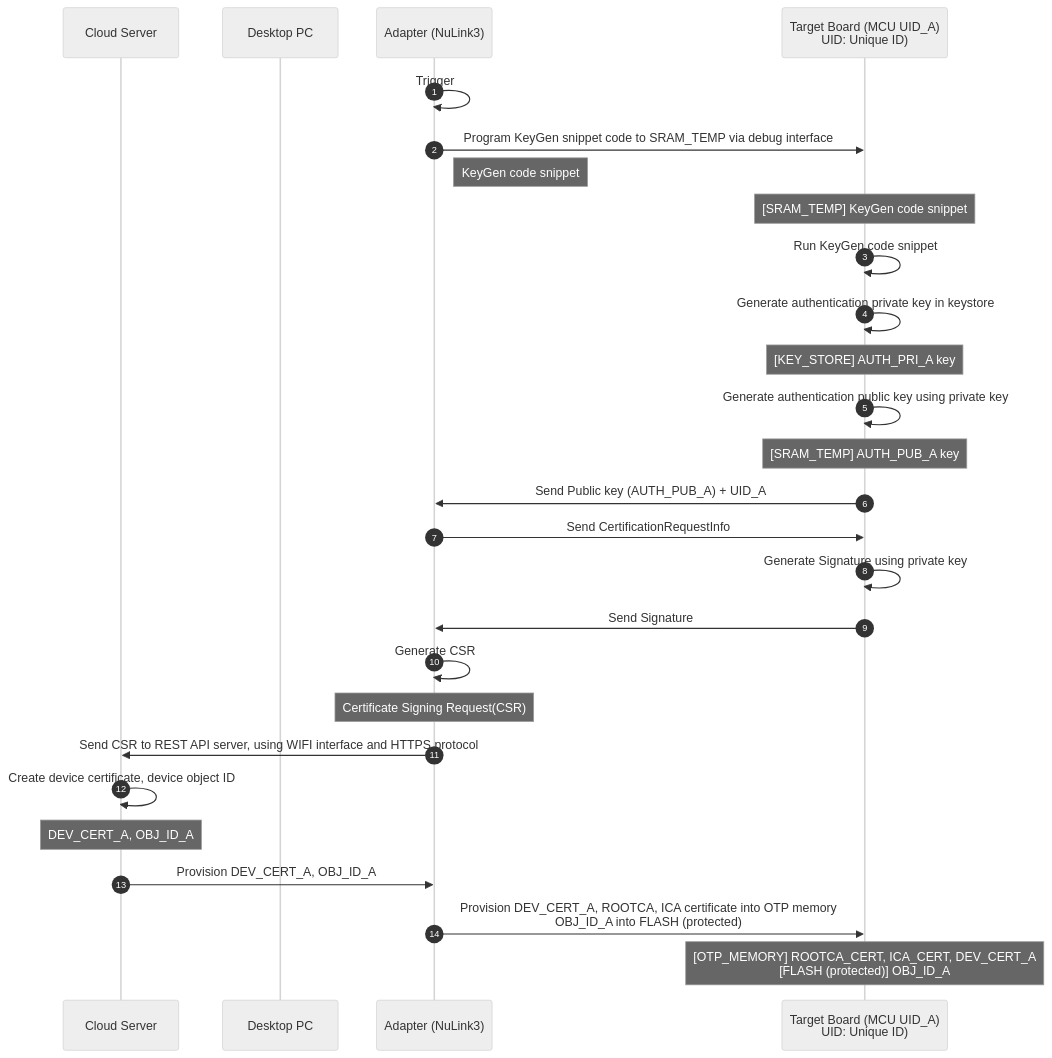
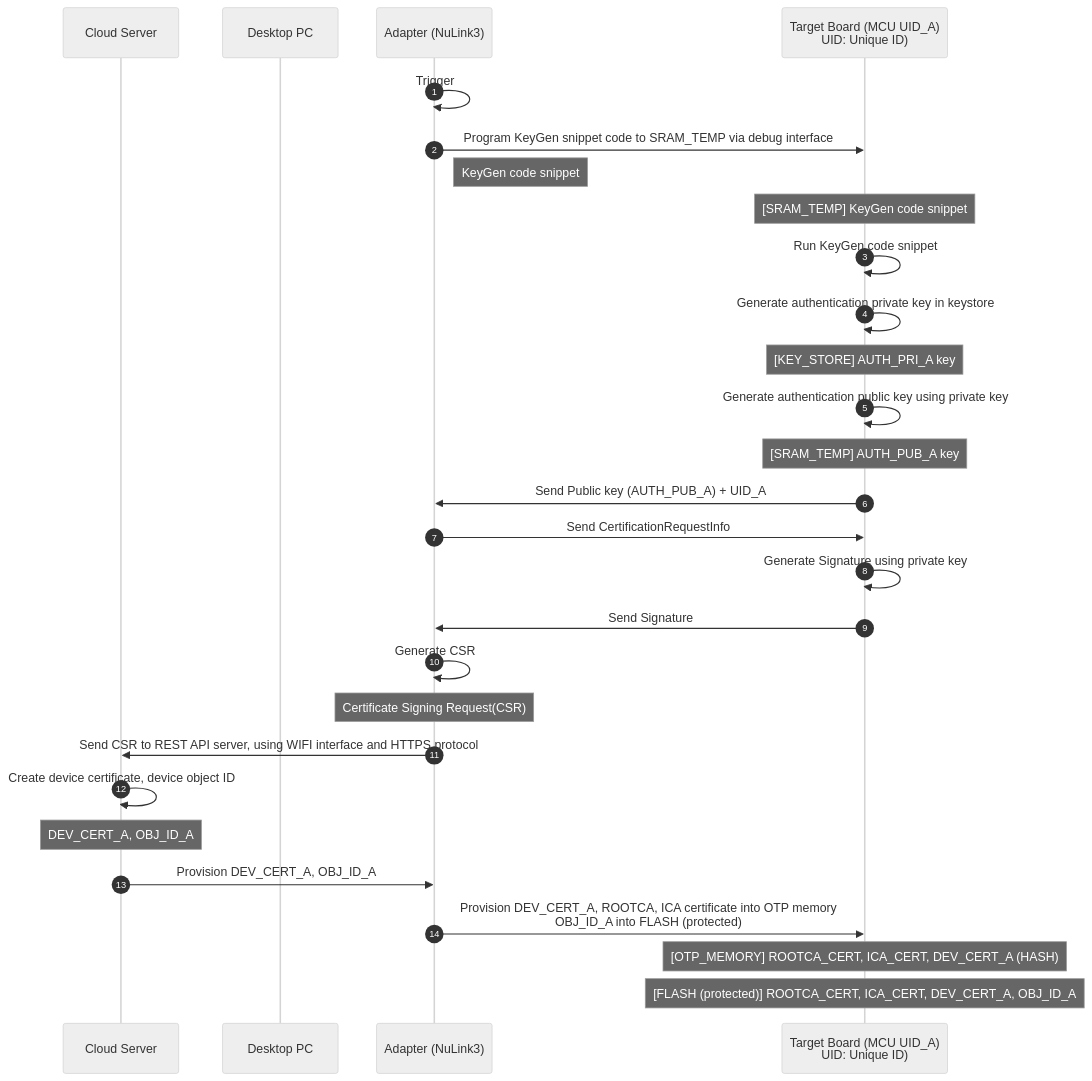
The diagram in 4. device_authentication_provision.md (ccma1120/NuSEC_System), drawn with Mermaid (neutral theme) before and after one commit.

Commit message:
Update 4. device_authentication_provision.md

````diff
--- a/4. device_authentication_provision.md
+++ b/4. device_authentication_provision.md
@@ -1,29 +1,30 @@
 ```mermaid
 sequenceDiagram
     autonumber
     participant c as Cloud Server
     participant d as Desktop PC
     participant a as Adapter (NuLink3)
     participant t as Target Board (MCU UID_A)<br/> UID: Unique ID)
     a ->> a : Trigger
     a ->> t : Program KeyGen snippet code to SRAM_TEMP via debug interface 
     Note right of a: KeyGen code snippet 
     Note over t: [SRAM_TEMP] KeyGen code snippet 
     t ->> t : Run KeyGen code snippet 
     t ->> t : Generate authentication private key in keystore
     Note over t: [KEY_STORE] AUTH_PRI_A key
     t ->> t : Generate authentication public key using private key 
     Note over t: [SRAM_TEMP] AUTH_PUB_A key
     t ->> a : Send Public key (AUTH_PUB_A) + UID_A 
     a ->> t : Send CertificationRequestInfo    
     t ->> t : Generate Signature using private key
     t ->> a : Send Signature
     a ->> a : Generate CSR
     Note over a: Certificate Signing Request(CSR)
     a ->> c : Send CSR to REST API server, using WIFI interface and HTTPS protocol
     c ->> c : Create device certificate, device object ID
     Note over c: DEV_CERT_A, OBJ_ID_A
     c ->> a : Provision DEV_CERT_A, OBJ_ID_A
     a ->> t : Provision DEV_CERT_A, ROOTCA, ICA certificate into OTP memory <br/>OBJ_ID_A into FLASH (protected)
-    Note over t: [OTP_MEMORY] ROOTCA_CERT, ICA_CERT, DEV_CERT_A <br/>[FLASH (protected)] OBJ_ID_A
+    Note over t: [OTP_MEMORY] ROOTCA_CERT, ICA_CERT, DEV_CERT_A (HASH)
+    Note over t: [FLASH (protected)] ROOTCA_CERT, ICA_CERT, DEV_CERT_A, OBJ_ID_A
 ```
````
